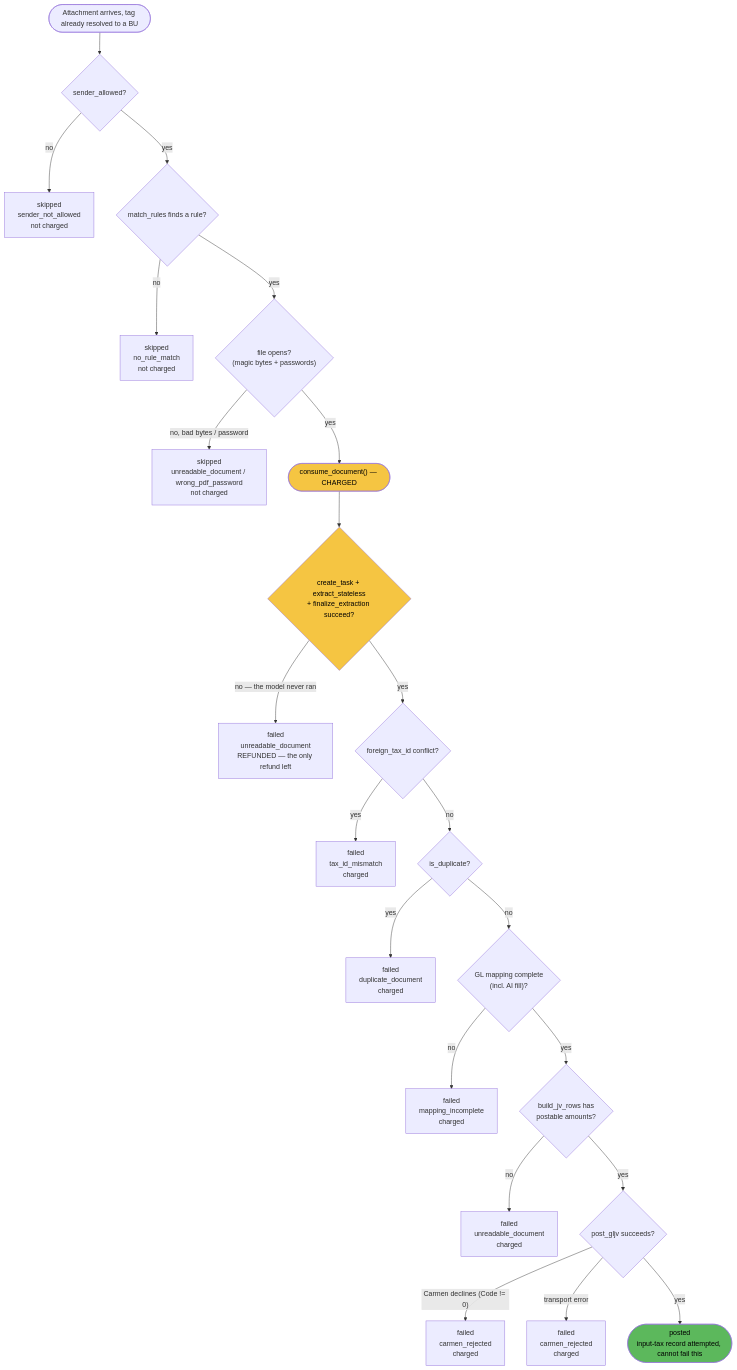
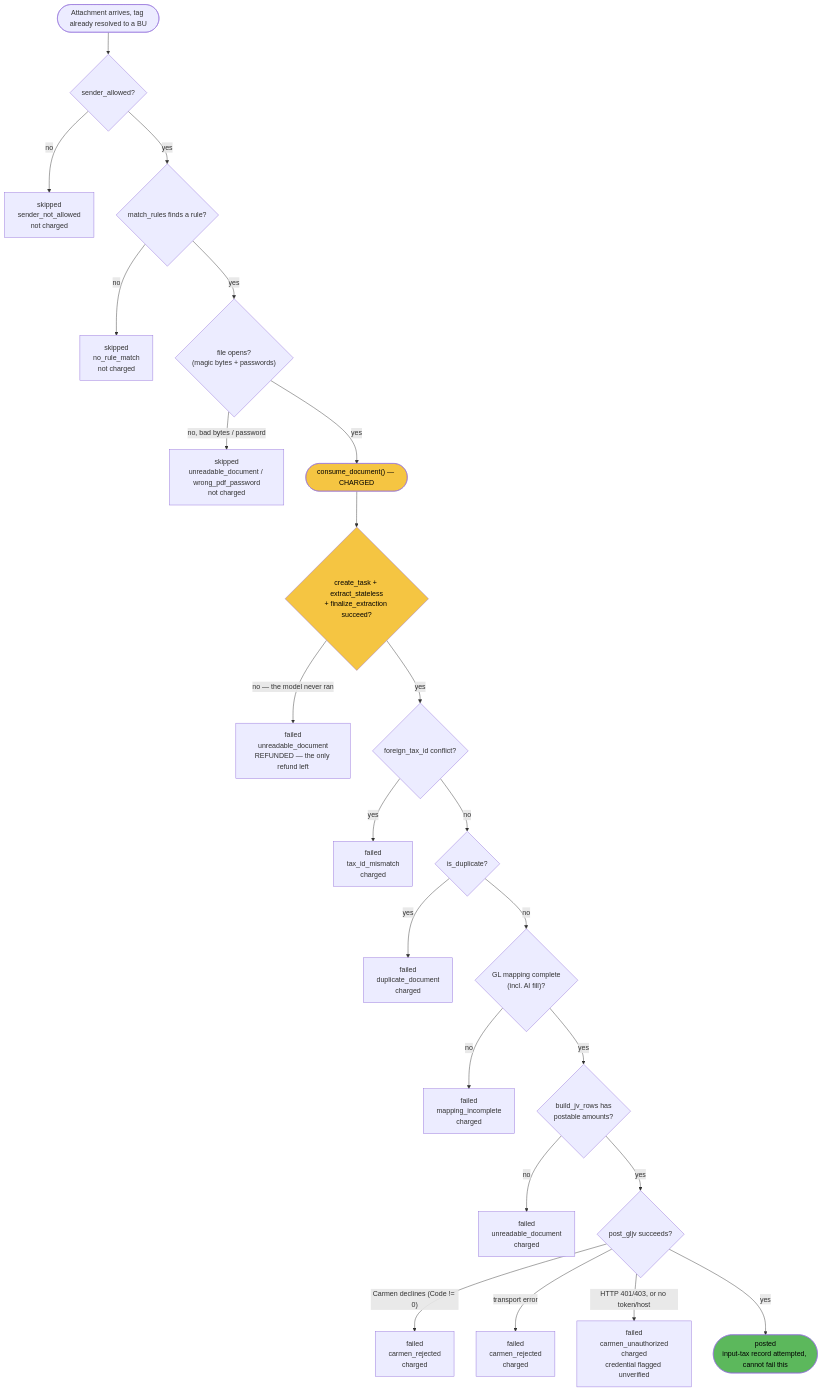
Before and after one commit to developer-carmensoftware/OCR: the seventh of 8 diagrams in docs/email-automation/02-architecture.md, drawn with Mermaid. The commit also changed 18 other files, not shown here.

````diff
--- a/docs/email-automation/02-architecture.md
+++ b/docs/email-automation/02-architecture.md
@@ -227,28 +227,29 @@
 ```mermaid
 flowchart TD
     Start(["Attachment arrives, tag already resolved to a BU"]) --> G1{"sender_allowed?"}
     G1 -- no --> S1["skipped\nsender_not_allowed\nnot charged"]
     G1 -- yes --> G2{"match_rules finds a rule?"}
     G2 -- no --> S2["skipped\nno_rule_match\nnot charged"]
     G2 -- yes --> G3{"file opens?\n(magic bytes + passwords)"}
     G3 -- no, bad bytes / password --> S3["skipped\nunreadable_document / wrong_pdf_password\nnot charged"]
     G3 -- yes --> Charge(["consume_document() — CHARGED"])
     Charge --> Boundary{"create_task + extract_stateless\n+ finalize_extraction succeed?"}
     Boundary -- "no — the model never ran" --> F7["failed\nunreadable_document\nREFUNDED — the only refund left"]
     Boundary -- yes --> G4{"foreign_tax_id conflict?"}
     G4 -- yes --> F1["failed\ntax_id_mismatch\ncharged"]
     G4 -- no --> G5{"is_duplicate?"}
     G5 -- yes --> F2["failed\nduplicate_document\ncharged"]
     G5 -- no --> G6{"GL mapping complete\n(incl. AI fill)?"}
     G6 -- no --> F3["failed\nmapping_incomplete\ncharged"]
     G6 -- yes --> G7{"build_jv_rows has\npostable amounts?"}
     G7 -- no --> F4["failed\nunreadable_document\ncharged"]
     G7 -- yes --> G8{"post_gljv succeeds?"}
     G8 -- "Carmen declines (Code != 0)" --> F5["failed\ncarmen_rejected\ncharged"]
     G8 -- "transport error" --> F6["failed\ncarmen_rejected\ncharged"]
+    G8 -- "HTTP 401/403, or no token/host" --> F8["failed\ncarmen_unauthorized\ncharged\ncredential flagged unverified"]
     G8 -- yes --> Posted(["posted\ninput-tax record attempted, cannot fail this"])
 
     style Charge fill:#f5c542,color:#000
     style Boundary fill:#f5c542,color:#000
     style Posted fill:#5cb85c,color:#000
 ```
````
